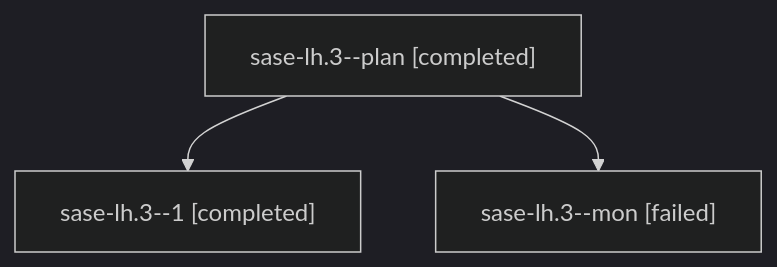
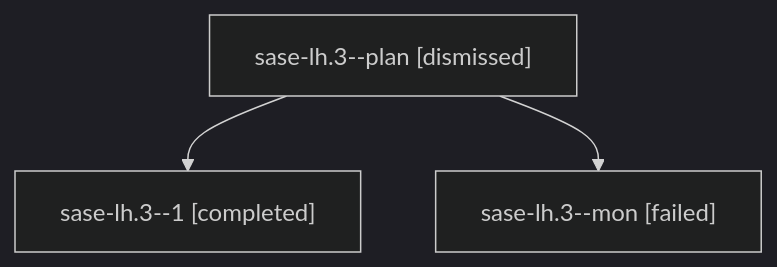
One commit to sase-org/sase--agents changed the diagram in families/bbugyi200.athena.sase-lh.3.md. Above: the diagram before and after it, drawn with Mermaid (dark theme). The commit also changed other lines of this file and 245 other files, not shown here.

````diff
--- a/families/bbugyi200.athena.sase-lh.3.md
+++ b/families/bbugyi200.athena.sase-lh.3.md
@@ -9,8 +9,8 @@
 ```mermaid
 flowchart TD
-  n0["sase-lh.3--plan [completed]"]
+  n0["sase-lh.3--plan [dismissed]"]
   n1["sase-lh.3--1 [completed]"]
   n0 --> n1
   n2["sase-lh.3--mon [failed]"]
   n0 --> n2
 ```
````
